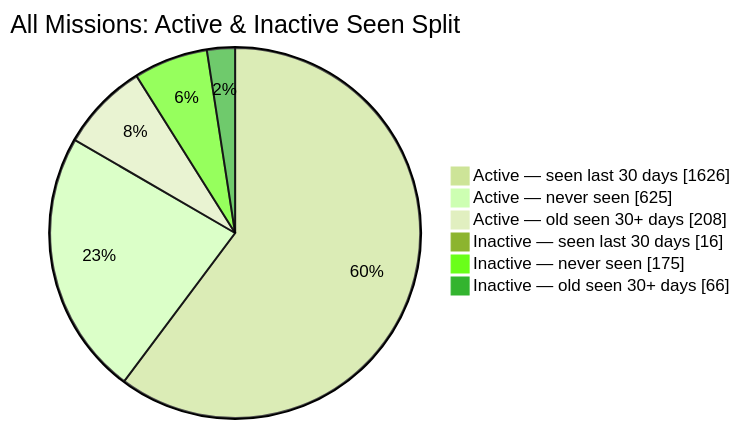
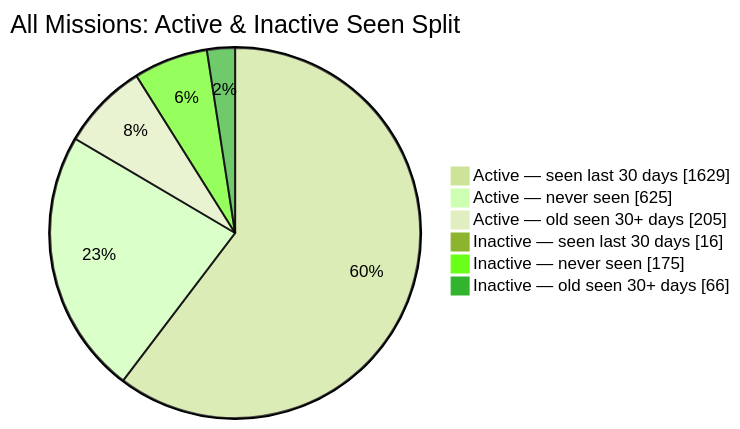
Before and after one commit to MeldkamerspelGameTeam/active-missions: the second of 2 diagrams in README.md, drawn with Mermaid (forest theme). The commit also changed other lines of this file and 3 other files, not shown here.

````diff
--- a/README.md
+++ b/README.md
@@ -44,10 +44,10 @@
 ```mermaid
 pie showData
     title All Missions: Active & Inactive Seen Split
-    "Active — seen last 30 days" : 1626
+    "Active — seen last 30 days" : 1629
     "Active — never seen" : 625
-    "Active — old seen 30+ days" : 208
+    "Active — old seen 30+ days" : 205
     "Inactive — seen last 30 days" : 16
     "Inactive — never seen" : 175
     "Inactive — old seen 30+ days" : 66
 ```
````
